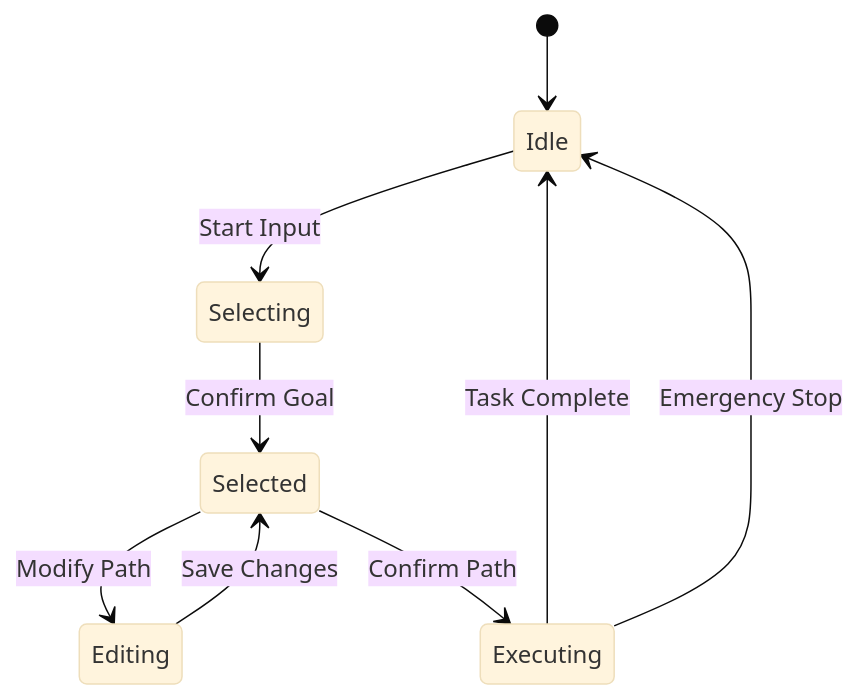
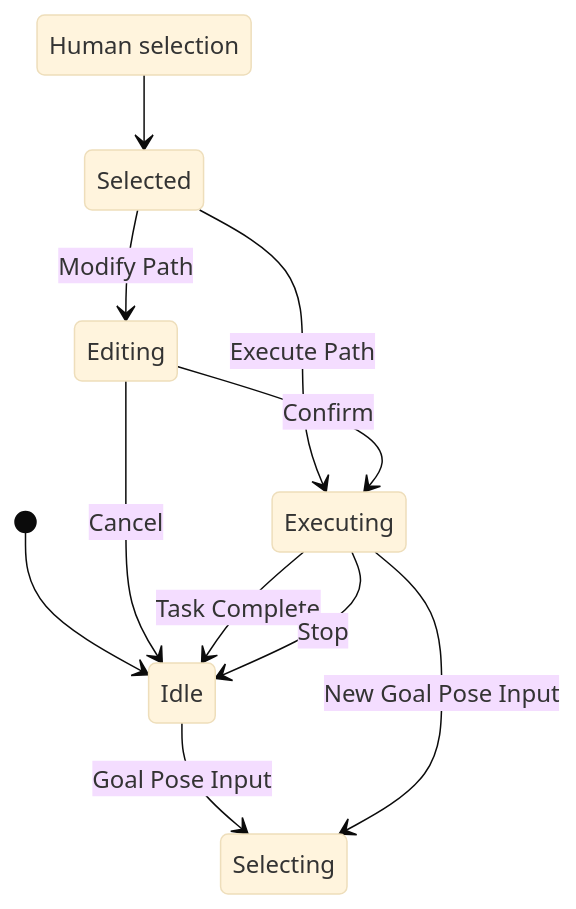
The third of 3 diagrams in README.md (GiorgioMarmolino/VR4R_G11_project), drawn with Mermaid (base theme) before and after one commit. The commit also changed other lines of this file, not shown here.

````diff
--- a/README.md
+++ b/README.md
@@ -91,11 +91,13 @@
 ```mermaid
 stateDiagram-v2
     [*] --> Idle
-    Idle --> Selecting : Start Input
-    Selecting --> Selected : Confirm Goal
+    Idle --> Selecting : Goal Pose Input
+    Selecting trajectory --> Selected trajectory : Human selection
     Selected --> Editing : Modify Path
-    Selected --> Executing : Confirm Path
-    Editing --> Selected : Save Changes
+    Selected --> Executing : Execute Path
+    Editing --> Executing : Confirm
+    Editing --> Idle : Cancel
     Executing --> Idle : Task Complete
-    Executing --> Idle : Emergency Stop
+    Executing --> Idle : Stop
+    Executing --> Selecting : New Goal Pose Input
 ```
````
